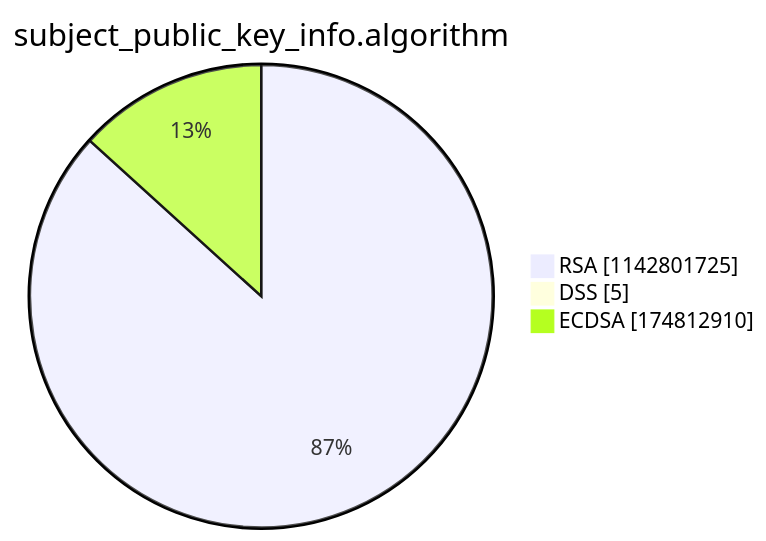
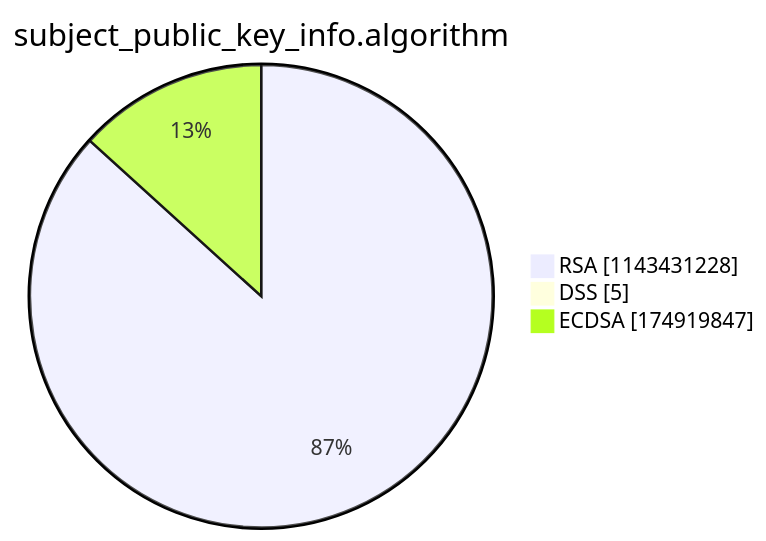
The third of 15 diagrams in argon2022/README.md (christiankrug/ctmonitor_visualization), drawn with Mermaid before and after one commit. The commit also changed other lines of this file, not shown here.

````diff
--- a/argon2022/README.md
+++ b/argon2022/README.md
@@ -14,7 +14,7 @@
 ```mermaid
 pie showData
 title subject_public_key_info.algorithm
-"RSA" :1142801725
+"RSA" :1143431228
 "DSS" :5
-"ECDSA" :174812910
+"ECDSA" :174919847
 ```
````
